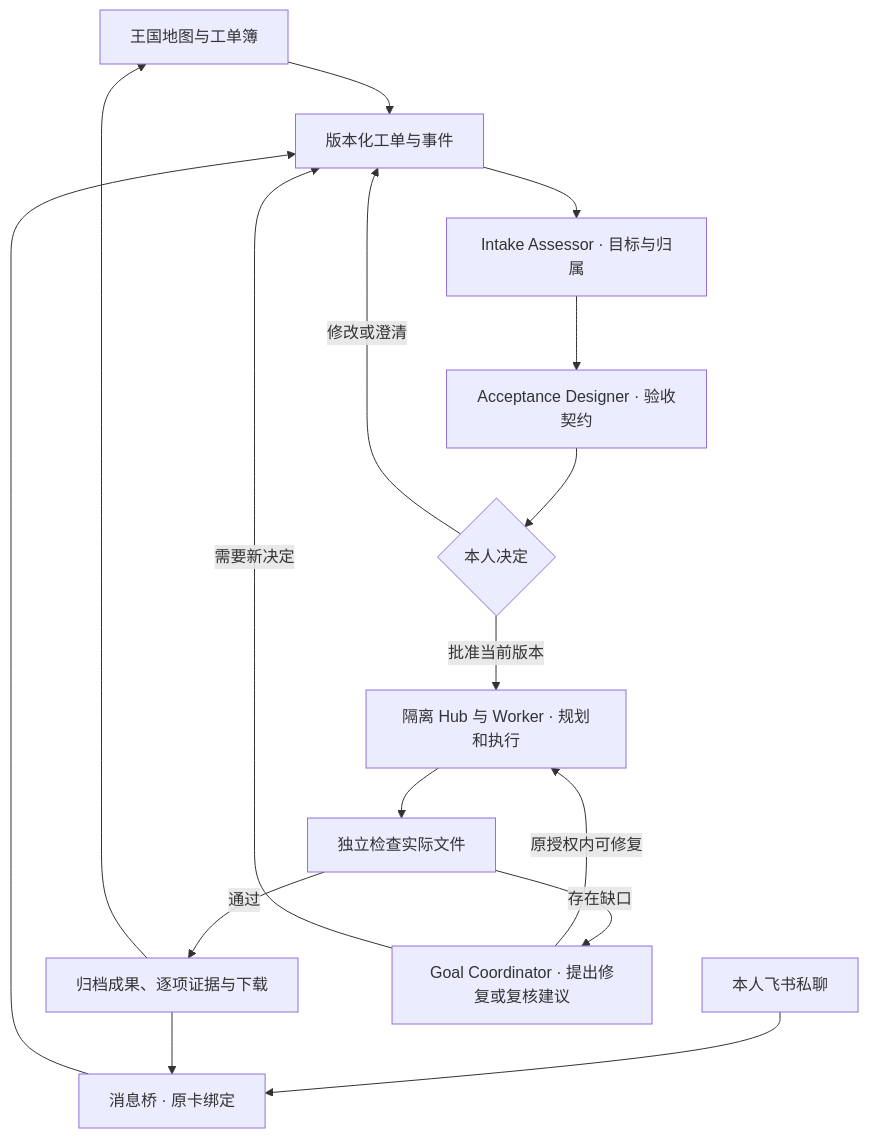
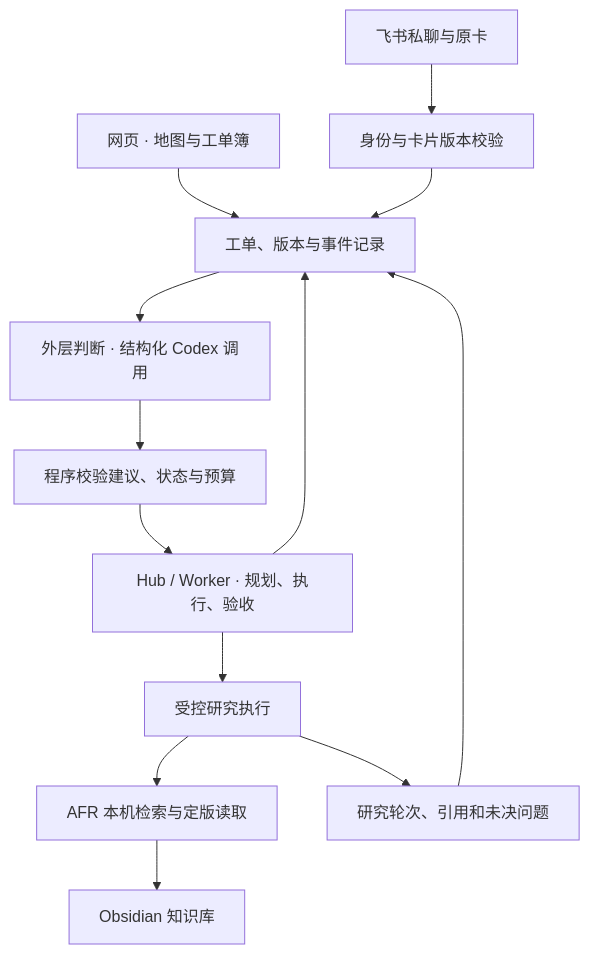
Before and after one commit to dinggegu-dot/autoloop-outer-intelligence: the second of 2 diagrams in README.md, drawn with Mermaid. The commit also changed other lines of this file, not shown here.

````diff
--- a/README.md
+++ b/README.md
@@ -34,18 +38,13 @@
 ```mermaid
 flowchart TD
-    Map["王国地图与工单簿"] --> Gate["版本化工单与事件"]
-    Chat["本人飞书私聊"] --> Bridge["消息桥 · 原卡绑定"]
-    Bridge --> Gate
-    Gate --> Intake["Intake Assessor · 目标与归属"]
-    Intake --> Design["Acceptance Designer · 验收契约"]
-    Design --> Owner{"本人决定"}
-    Owner -->|修改或澄清| Gate
-    Owner -->|批准当前版本| Runtime["隔离 Hub 与 Worker · 规划和执行"]
-    Runtime --> Check["独立检查实际文件"]
-    Check -->|通过| Archive["归档成果、逐项证据与下载"]
-    Check -->|存在缺口| Coord["Goal Coordinator · 提出修复或复核建议"]
-    Coord -->|原授权内可修复| Runtime
-    Coord -->|需要新决定| Gate
-    Archive --> Map
-    Archive --> Bridge
+    Map["网页 · 地图与工单簿"] --> Ticket["工单、版本与事件记录"]
+    Chat["飞书私聊与原卡"] --> Bridge["身份与卡片版本校验"] --> Ticket
+    Ticket --> Roles["外层判断 · 结构化 Codex 调用"]
+    Roles --> Decision["程序校验建议、状态与预算"]
+    Decision --> Worker["Hub / Worker · 规划、执行、验收"]
+    Worker --> Ticket
+    Worker --> Research["受控研究执行"]
+    Research --> Tools["AFR 本机检索与定版读取"]
+    Tools --> Vault["Obsidian 知识库"]
+    Research --> Receipts["研究轮次、引用和未决问题"] --> Ticket
 ```
````
